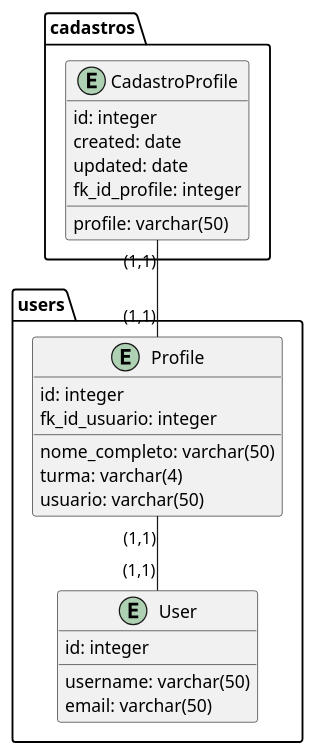
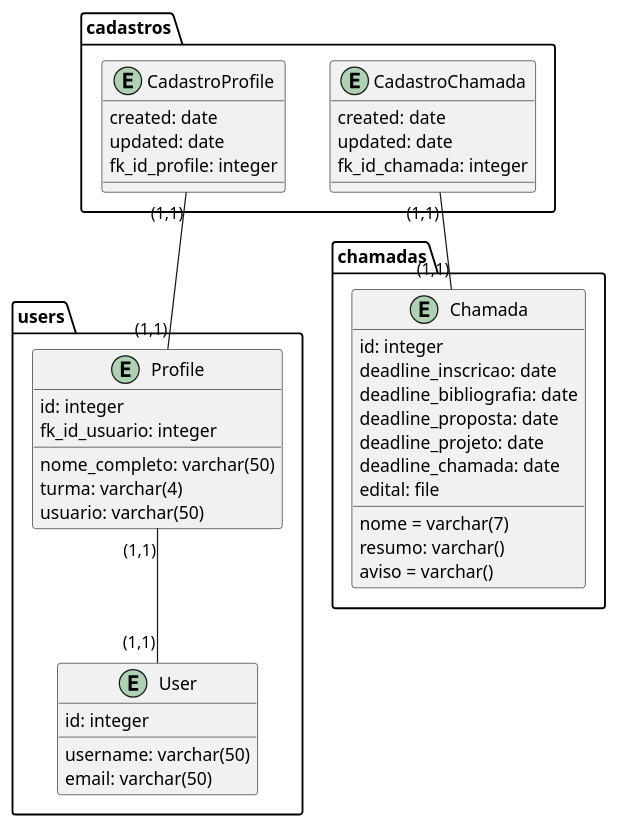
The diagram in docs/relationship_diagram.puml (flavianowilliams/progressus), drawn with PlantUML before and after one commit. The commit also changed 9 other files, not shown here.

Commit message:
adicionando modelo Chamada e CadastroChamada

```diff
--- a/docs/relationship_diagram.puml
+++ b/docs/relationship_diagram.puml
@@ -1,27 +1,45 @@
 @startuml PROGRESSUS
 package users{
     entity User{
         id: integer
         username: varchar(50)
         email: varchar(50)
     }
     entity Profile{
         id: integer
         nome_completo: varchar(50)
         turma: varchar(4)
         usuario: varchar(50)
         fk_id_usuario: integer
     }
     Profile "(1,1)" -- "(1,1)" User
 }
+package chamadas{
+    entity Chamada{
+        id: integer
+        nome = varchar(7)
+        deadline_inscricao: date
+        deadline_bibliografia: date
+        deadline_proposta: date
+        deadline_projeto: date
+        deadline_chamada: date
+        resumo: varchar()
+        edital: file
+        aviso = varchar()
+    }
+}
 package cadastros{
     entity CadastroProfile{
-        id: integer
         created: date
         updated: date
-        profile: varchar(50)
         fk_id_profile: integer
     }
     CadastroProfile "(1,1)" -- "(1,1)" Profile
+    entity CadastroChamada{
+        created: date
+        updated: date
+        fk_id_chamada: integer
+    }
+    CadastroChamada "(1,1)" -- "(1,1)" Chamada
 }
 @enduml
```
